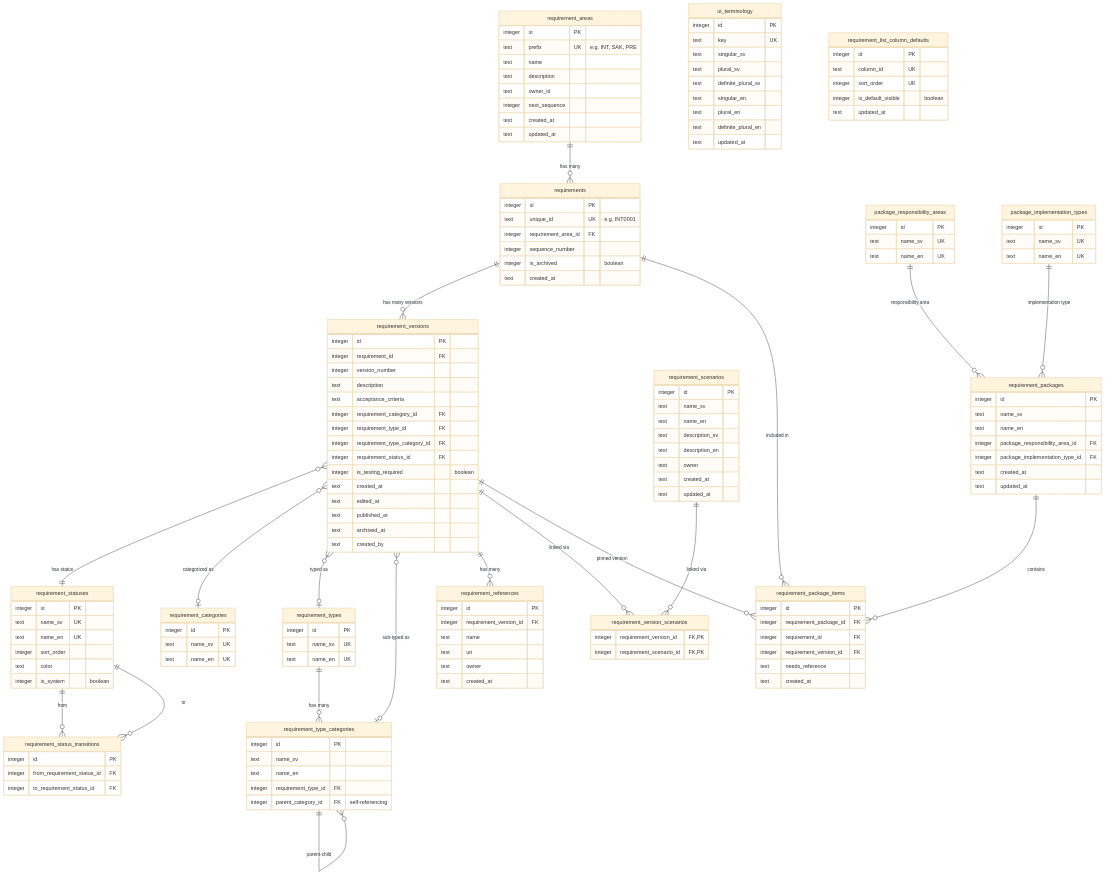
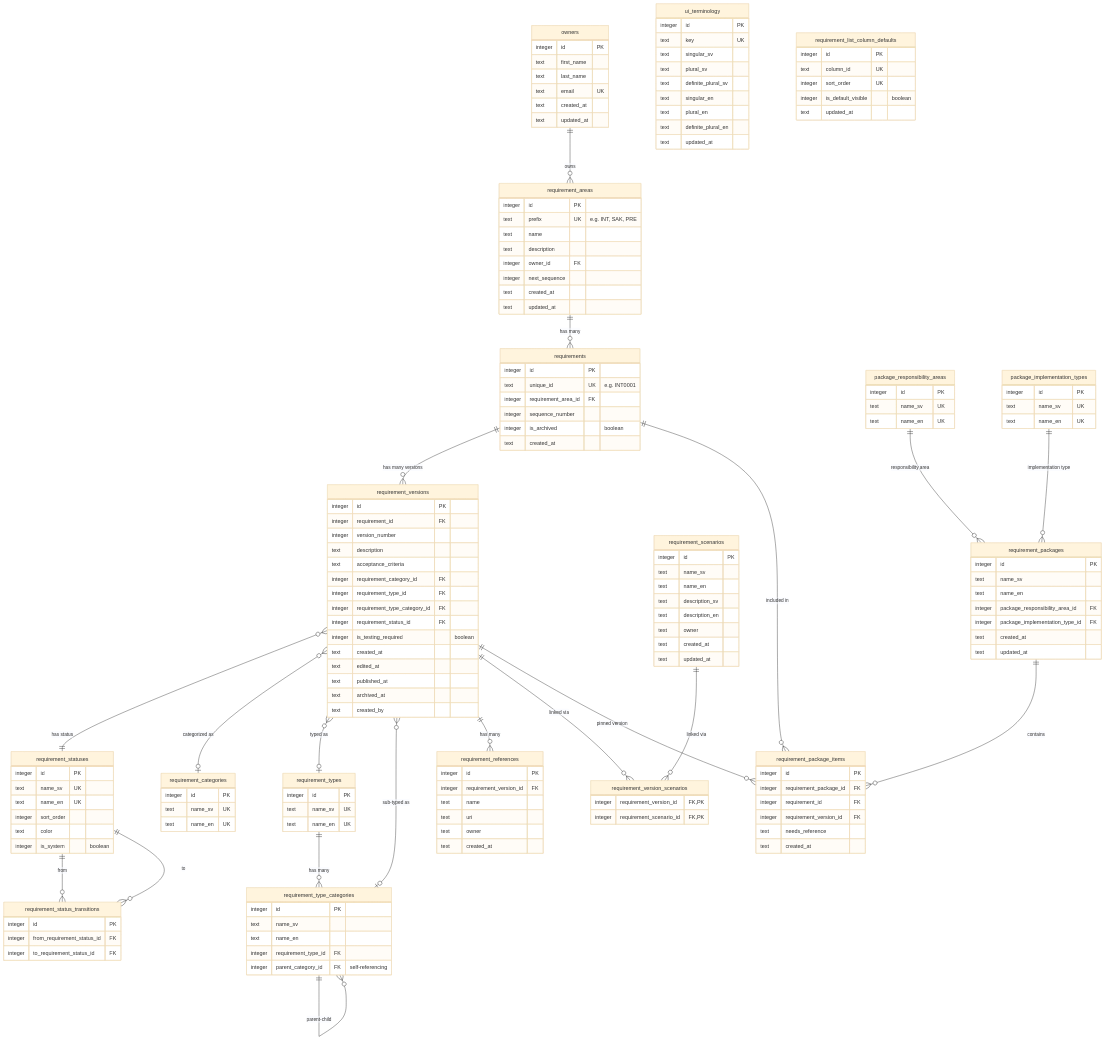
The first of 2 diagrams in docs/database-schema.md (viscalyx/Kravhantering), drawn with Mermaid (base theme) before and after one commit. The commit also changed other lines of this file and 22 other files, not shown here.

First line of the commit message:
feat: add owners management and integrate with requirement areas

````diff
--- a/docs/database-schema.md
+++ b/docs/database-schema.md
@@ -91,11 +91,20 @@
 ```mermaid
 erDiagram
+    owners {
+        integer id PK
+        text first_name
+        text last_name
+        text email UK
+        text created_at
+        text updated_at
+    }
+
     requirement_areas {
         integer id PK
         text prefix UK "e.g. INT, SAK, PRE"
         text name
         text description
-        text owner_id
+        integer owner_id FK
         integer next_sequence
         text created_at
         text updated_at
@@ -240,6 +249,7 @@
     }
 
     %% Relationships
+    owners ||--o{ requirement_areas : "owns"
     requirement_areas ||--o{ requirements : "has many"
     requirements ||--o{ requirement_versions : "has many versions"
     requirement_versions }o--|| requirement_statuses : "has status"
````
